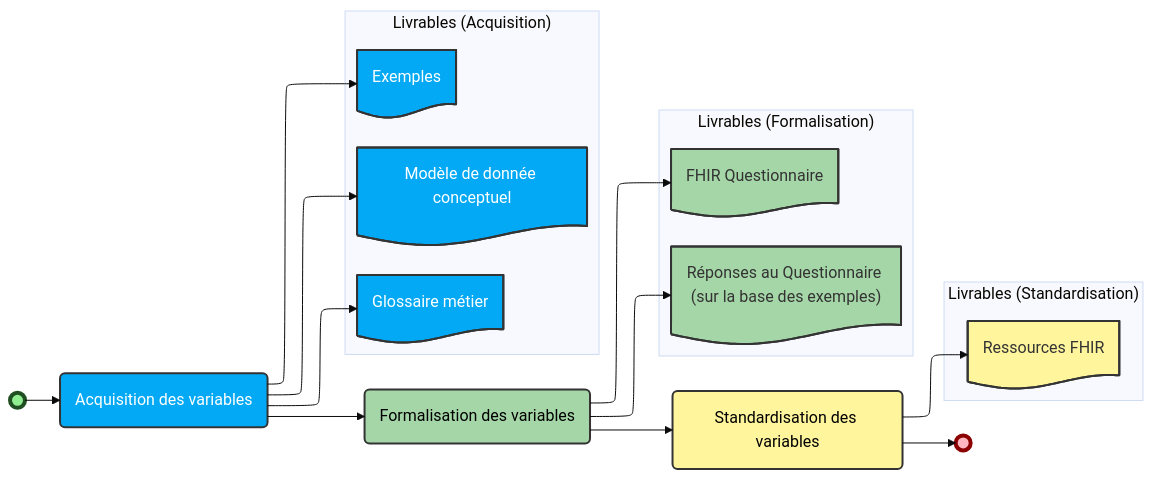
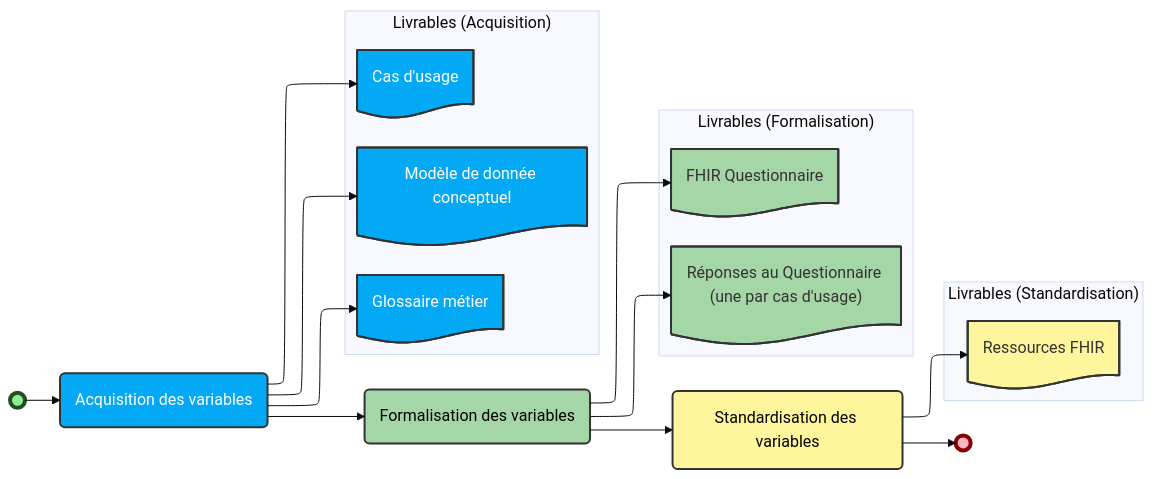
Before and after one commit to aphp/IG-FHIR-EDSH-SOCLE-COMMUN: the diagram in input/includes/data-standardization-process.mermaid, drawn with Mermaid (base theme). The commit also changed 10 other files, not shown here.

First line of the commit message:
docs: fix diagram overlap and name the 10 clinical cases "cas d'usage"

````diff
--- a/input/includes/data-standardization-process.mermaid
+++ b/input/includes/data-standardization-process.mermaid
@@ -1,44 +1,44 @@
 ```mermaid
 ---
 config:
   flowchart:
     curve: basis
   layout: elk
 ---
 flowchart LR
  subgraph s1["Livrables (Acquisition)"]
     A1["Modèle de donnée conceptuel"]
     A2["Glossaire métier"]
-    A3["Exemples"]
+    A3["Cas d'usage"]
   end
  subgraph s2["Livrables (Formalisation)"]
     B1["FHIR Questionnaire"]
-    B2["Réponses au Questionnaire (sur la base des exemples)"]
+    B2["Réponses au Questionnaire (une par cas d'usage)"]
   end
  subgraph s3["Livrables (Standardisation)"]
     C1["Ressources FHIR"]
   end
     Start((" ")) --> A(Acquisition des variables)
     A --> B(Formalisation des variables) & A1 & A2 & A3
     B --> C(Standardisation des variables) & B1 & B2
     C --> End((" ")) & C1
     Start:::startNode
     A1@{ shape: doc}
     A2@{ shape: doc}
     A3@{ shape: doc}
     B1@{ shape: doc}
     B2@{ shape: doc}
     C1@{ shape: doc}
     End:::endNode
     classDef startNode fill:#90EE90,stroke:#205022,stroke-width:4px,color:#000
     classDef endNode fill:#FFB6C1,stroke:#8B0000,stroke-width:4px,color:#000
     style A1 fill:#03A9F4,stroke:#333,stroke-width:2px,color:#fff
     style A2 fill:#03A9F4,stroke:#333,stroke-width:2px,color:#fff
     style A3 fill:#03A9F4,stroke:#333,stroke-width:2px,color:#fff
     style B1 fill:#A5D6A7,stroke:#333,stroke-width:2px
     style B2 fill:#A5D6A7,stroke:#333,stroke-width:2px
     style C1 fill:#FFF59D,stroke:#333,stroke-width:2px
     style A fill:#03A9F4,stroke:#333,stroke-width:2px,color:#fff
     style B fill:#A5D6A7,stroke:#333,stroke-width:2px,color:#000
     style C fill:#FFF59D,stroke:#333,stroke-width:2px,color:#000
 ```
````
